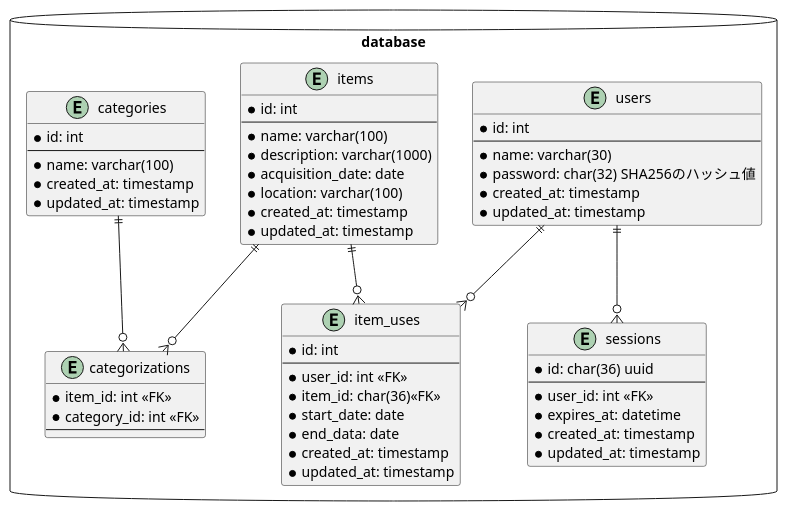
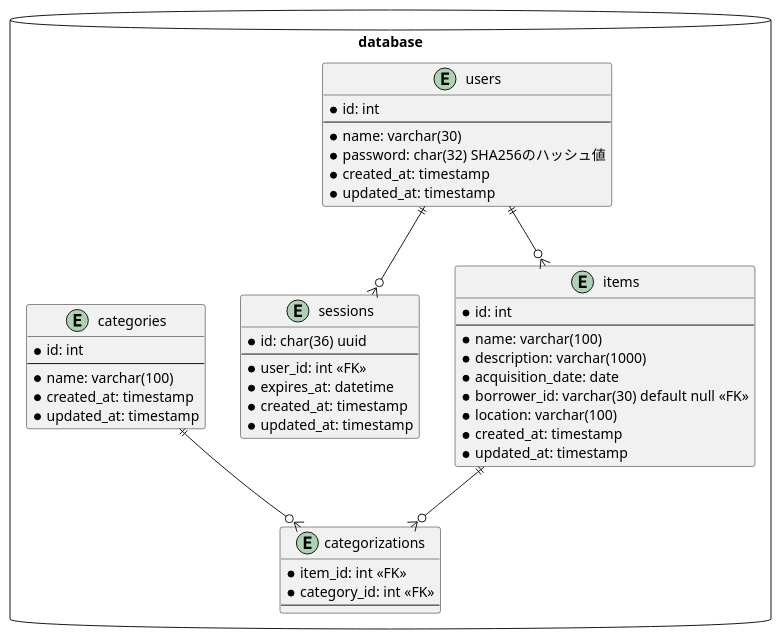
One commit to kyosu-1/gms changed the diagram in docs/erd/erd.puml. Above: the diagram before and after it, drawn with PlantUML. The commit also changed 1 other file, not shown here.

Commit message:
update erd

```diff
--- a/docs/erd/erd.puml
+++ b/docs/erd/erd.puml
@@ -1,66 +1,55 @@
 @startuml タスク管理アプリ
 
 package database <<Database>> {
     entity "users" as users {
         * id: int
         --
         * name: varchar(30)
         * password: char(32) SHA256のハッシュ値
         * created_at: timestamp
         * updated_at: timestamp
     }
 
     entity "sessions" as sessions{
         * id: char(36) uuid
         --
         * user_id: int <<FK>>
         * expires_at: datetime
         * created_at: timestamp
         * updated_at: timestamp
     }
 
     entity "categories" as categories {
         * id: int
         --
         * name: varchar(100)
         * created_at: timestamp
         * updated_at: timestamp
     }
     
     entity "items" as items {
         * id: int
         --
         * name: varchar(100)
         * description: varchar(1000)
         * acquisition_date: date
+        * borrower_id: varchar(30) default null <<FK>>
         * location: varchar(100)
         * created_at: timestamp
         * updated_at: timestamp
     }
 
     entity "categorizations" as categorizations {
         * item_id: int <<FK>>
         * category_id: int <<FK>>
         --
     }
-
-    entity "item_uses" as item_uses {
-        * id: int
-        --
-        * user_id: int <<FK>>
-        * item_id: char(36)<<FK>>
-        * start_date: date
-        * end_data: date
-        * created_at: timestamp
-        * updated_at: timestamp
-    }
 }
 
 ' relationships
 users ||--o{ sessions
 categories ||--o{ categorizations
 items ||--o{ categorizations
-users ||--o{ item_uses
-items ||--o{ item_uses
+users ||--o{ items
 
 @enduml
```
